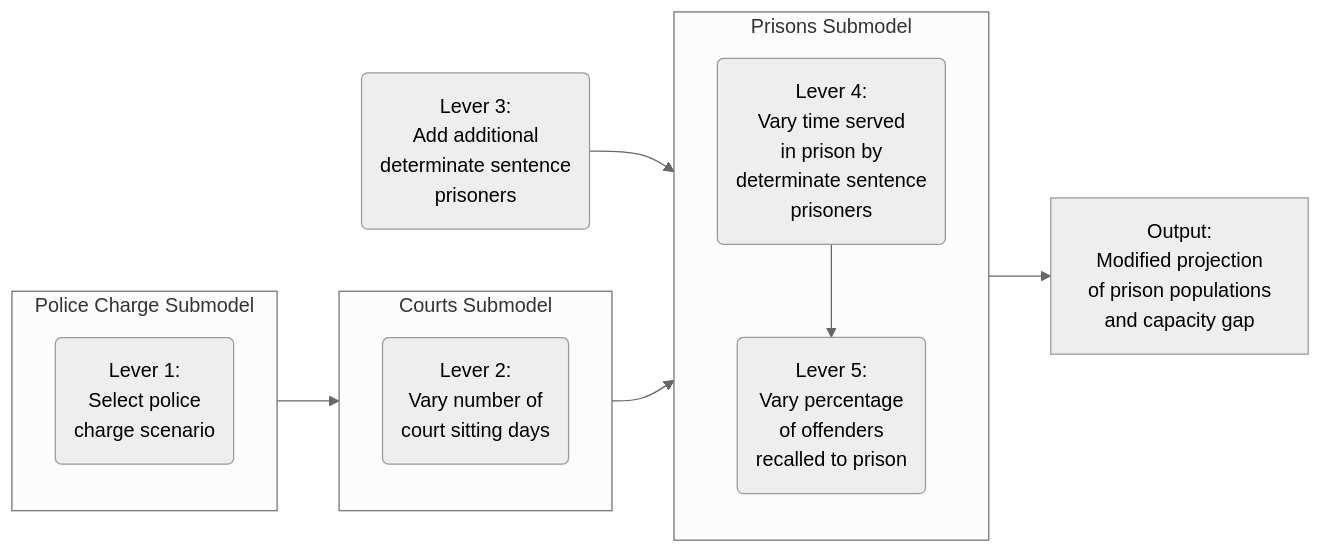
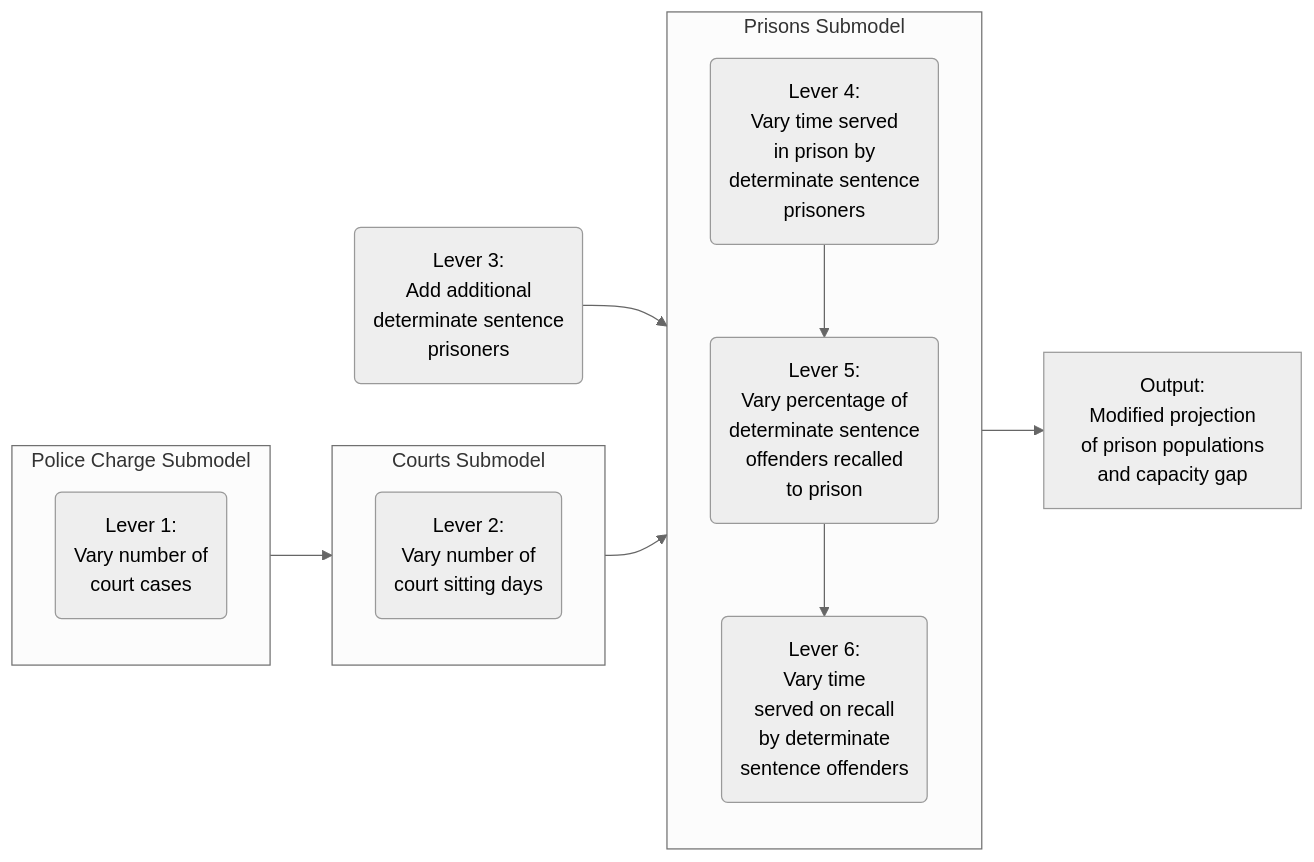
The diagram in vignettes/prisonsreadyreckoner-flow-chart.mmd (moj-analytical-services/prisonsreadyreckoner), drawn with Mermaid (neutral theme) before and after one commit. The commit also changed 1 other file, not shown here.

Commit message:
updating flowchart for User guide

```diff
--- a/vignettes/prisonsreadyreckoner-flow-chart.mmd
+++ b/vignettes/prisonsreadyreckoner-flow-chart.mmd
@@ -1,46 +1,51 @@
 flowchart LR
 
-  A("Lever 1: <br> Select police <br> charge scenario")
+  A("Lever 1: <br> Vary number of <br> court cases")
   B("Lever 2: <br> Vary number of <br> court sitting days")
   C("Lever 3: <br> Add additional <br> determinate sentence <br> prisoners")
   D("Lever 4: <br> Vary time served <br> in prison by <br> determinate sentence <br> prisoners")
-  E("Lever 5: <br> Vary percentage <br> of offenders <br> recalled to prison")
-  F["Output: <br> Modified projection <br> of prison populations <br> and capacity gap"]
+  E("Lever 5: <br> Vary percentage of <br> determinate sentence <br> offenders recalled <br> to prison")
+  F("Lever 6: <br> Vary time <br> served on recall <br> by determinate <br> sentence offenders")
+  G["Output: <br> Modified projection <br> of prison populations <br> and capacity gap"]
+  
+  
   
   
   subgraph policechargemodellingsubgraph["Police Charge Submodel"]
     direction TB
     A
   end
   
   subgraph courtsmodellingsubgraph["Courts Submodel"]
     direction TB
     B
   end
   
   A--> B
   B --> D
   C --> D
   
   subgraph prisonsmodellingsubgraph["Prisons Submodel"]
     direction TB
     D --> E
+    E --> F
   end
   
-  E --> F
+  F --> G
   
   class A nodeMoJBlack
   class B nodeMoJCoreGreen
   class C nodeMoJCoreGrey
-  class D,E nodeMoJCoreOrange
-  class F nodeMoJBrightGrey
+  class D,E,F nodeMoJCoreOrange
+  class G nodeMoJBrightGrey
   
   class policechargemodellingsubgraph subgraphMoJBlack;
   class courtsmodellingsubgraph subgraphMoJCoreGreen;
   class prisonsmodellingsubgraph subgraphMoJCoreOrange;
   
-  click A "#lever-select-police-charge-scenario" "Details on selecting a police charge scenario"
+  click A "#lever-vary-number-of-court-cases" "Details on varying the number of court cases"
   click B "#lever-vary-number-of-court-sitting-days" "Details on varying the number of courts sitting days"
   click C "#lever-add-additional-determinate-sentence-prisoners" "Details on adding additional determinate sentence prisoners"
   click D "#lever-vary-time-served-in-prison-by-determinate-sentence-prisoners" "Details on varying the time served in prison by determinate sentence prisoners"
   click E "#lever-vary-percentage-of-offenders-recalled-to-prison" "Details on varying the percentage of offenders recalled to prison"
+  click F "#lever-vary-time-served-on-recall-by-determinate-sentence-offenders" "Details on varying the time serve on recall by determinate sentence offenders"
```
